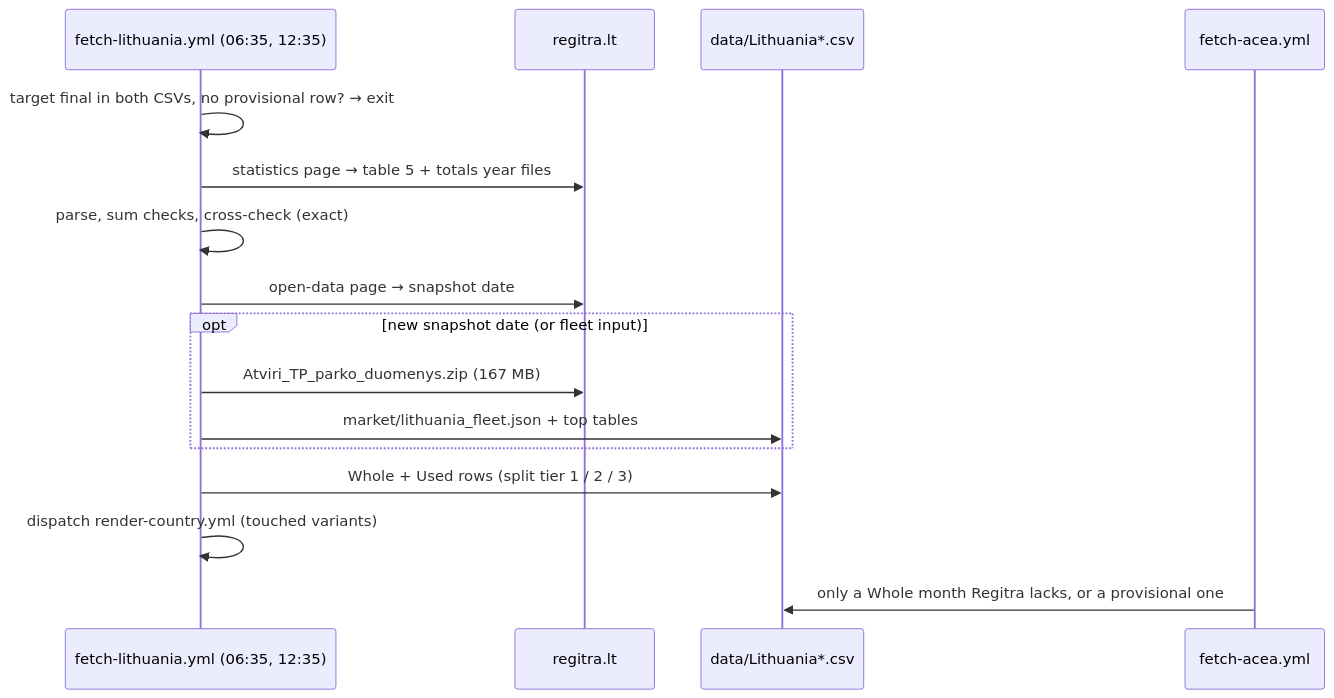
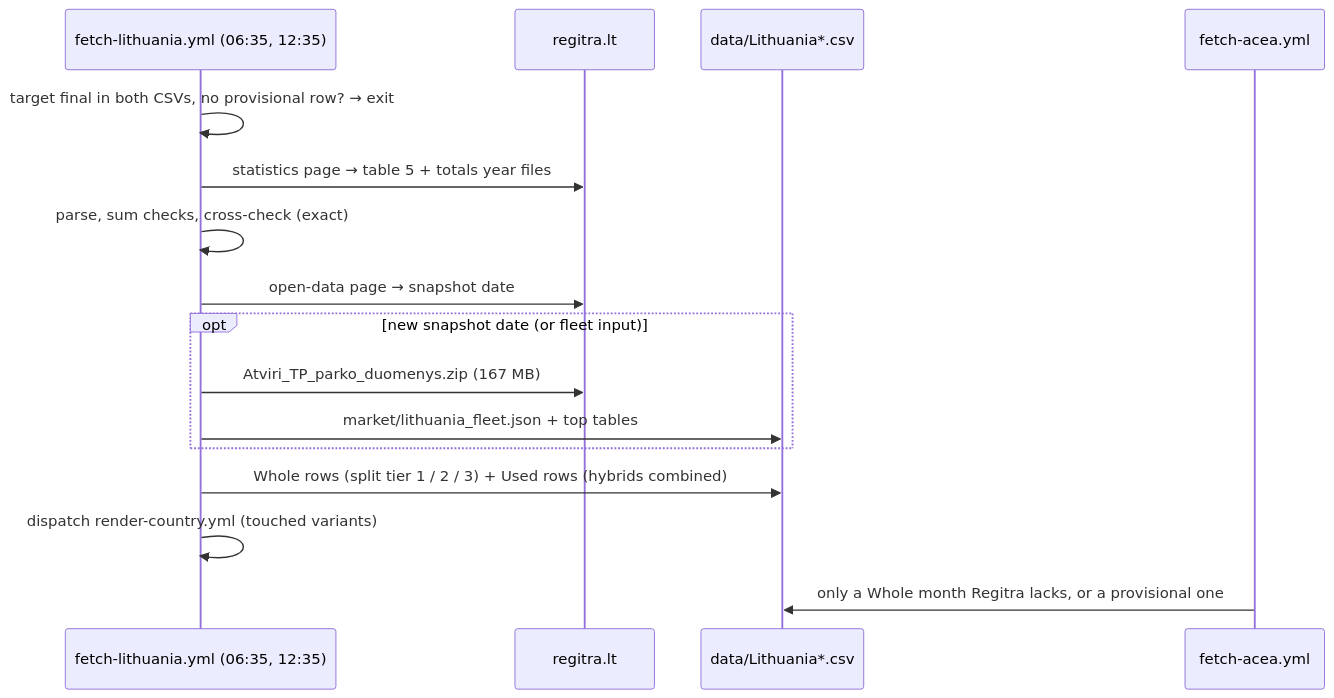
Before and after one commit to LeRaffl/LeRaffl-Gallery: the diagram in docs/architecture/55-source-lithuania.md, drawn with Mermaid. The commit also changed other lines of this file and 10 other files, not shown here.

First line of the commit message:
feat: Lithuania Used keeps hybrids combined; Used tables as a rule

````diff
--- a/docs/architecture/55-source-lithuania.md
+++ b/docs/architecture/55-source-lithuania.md
@@ -313,18 +333,18 @@
 ```mermaid
 sequenceDiagram
   participant Cron as fetch-lithuania.yml (06:35, 12:35)
   participant R as regitra.lt
   participant Repo as data/Lithuania*.csv
   participant ACEA as fetch-acea.yml
   Cron->>Cron: target final in both CSVs, no provisional row? → exit
   Cron->>R: statistics page → table 5 + totals year files
   Cron->>Cron: parse, sum checks, cross-check (exact)
   Cron->>R: open-data page → snapshot date
   opt new snapshot date (or fleet input)
     Cron->>R: Atviri_TP_parko_duomenys.zip (167 MB)
     Cron->>Repo: market/lithuania_fleet.json + top tables
   end
-  Cron->>Repo: Whole + Used rows (split tier 1 / 2 / 3)
+  Cron->>Repo: Whole rows (split tier 1 / 2 / 3) + Used rows (hybrids combined)
   Cron->>Cron: dispatch render-country.yml (touched variants)
   ACEA->>Repo: only a Whole month Regitra lacks, or a provisional one
 ```
````
